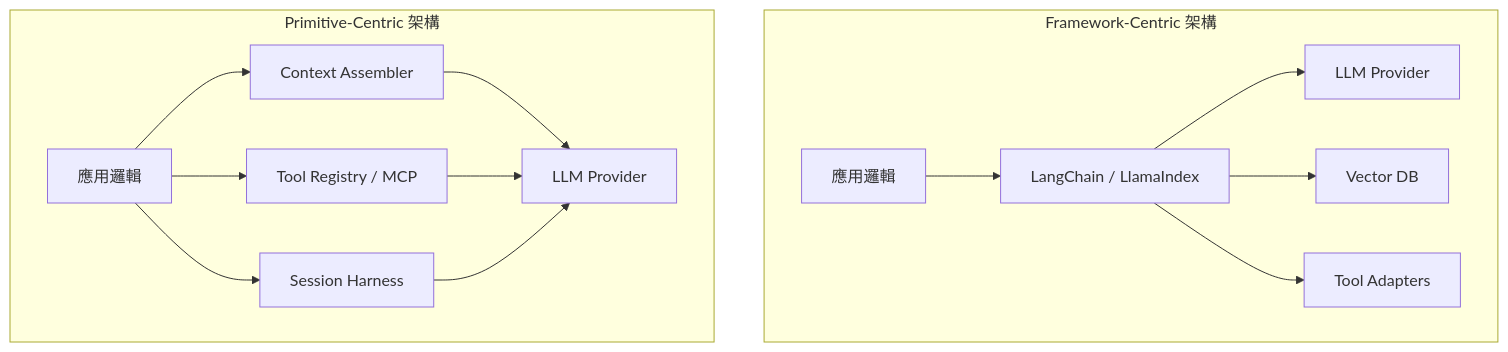
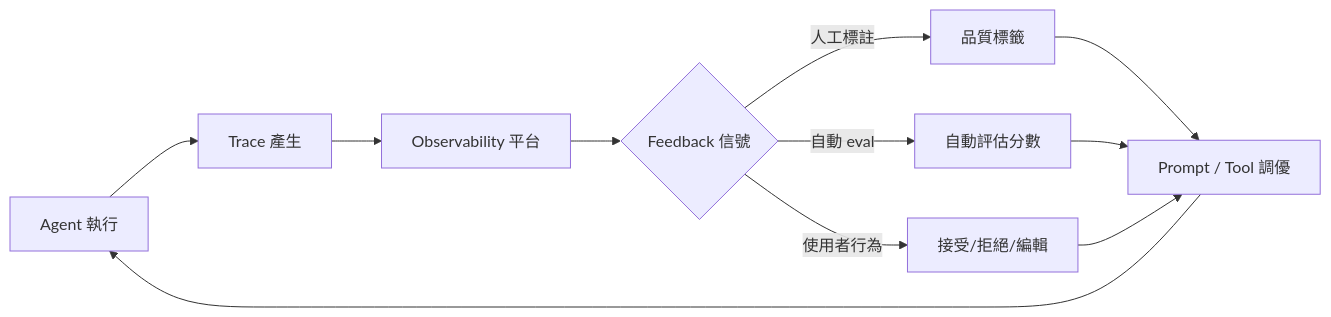
Before and after one commit to livia-hsieh/ai-intel-harness: the first of 5 diagrams in digests/2026-W19/foundation.md, drawn with Mermaid. The commit also changed other lines of this file and 1 other file, not shown here.

````diff
--- a/digests/2026-W19/foundation.md
+++ b/digests/2026-W19/foundation.md
@@ -32,17 +32,13 @@
 ```mermaid
-flowchart TD
-    subgraph FrameworkCentric["Framework-Centric 架構"]
-        A[應用邏輯] --> B[LangChain / LlamaIndex]
-        B --> C[LLM Provider]
-        B --> D[Vector DB]
-        B --> E[Tool Adapters]
-    end
-    subgraph PrimitiveCentric["Primitive-Centric 架構"]
-        F[應用邏輯] --> G[Context Assembler]
-        F --> H[Tool Registry / MCP]
-        F --> I[Session Harness]
-        G --> J[LLM Provider]
-        H --> J
-        I --> J
-    end
+flowchart LR
+    A[Agent 執行] --> B[Trace 產生]
+    B --> C[Observability 平台]
+    C --> D{Feedback 信號}
+    D -->|人工標註| E[品質標籤]
+    D -->|自動 eval| F[自動評估分數]
+    D -->|使用者行為| G[接受/拒絕/編輯]
+    E --> H[Prompt / Tool 調優]
+    F --> H
+    G --> H
+    H --> A
 ```
````
